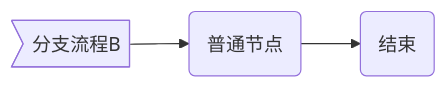
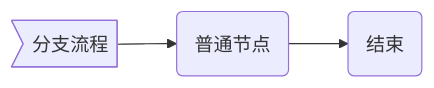
The second of 4 diagrams in 3-demo/VLOOK 快速参考手册.md (MadMaxChow/VLOOK), drawn with Mermaid before and after one commit. The commit also changed other lines of this file and 38 other files, not shown here.

````diff
--- a/3-demo/VLOOK 快速参考手册.md
+++ b/3-demo/VLOOK 快速参考手册.md
@@ -242,6 +253,6 @@
 ```mermaid
 graph LR
-page2>分支流程B] --> node2(普通节点)
+page2>分支流程] --> node2(普通节点)
 node2 --> END
 END(结束)
 ```
````
